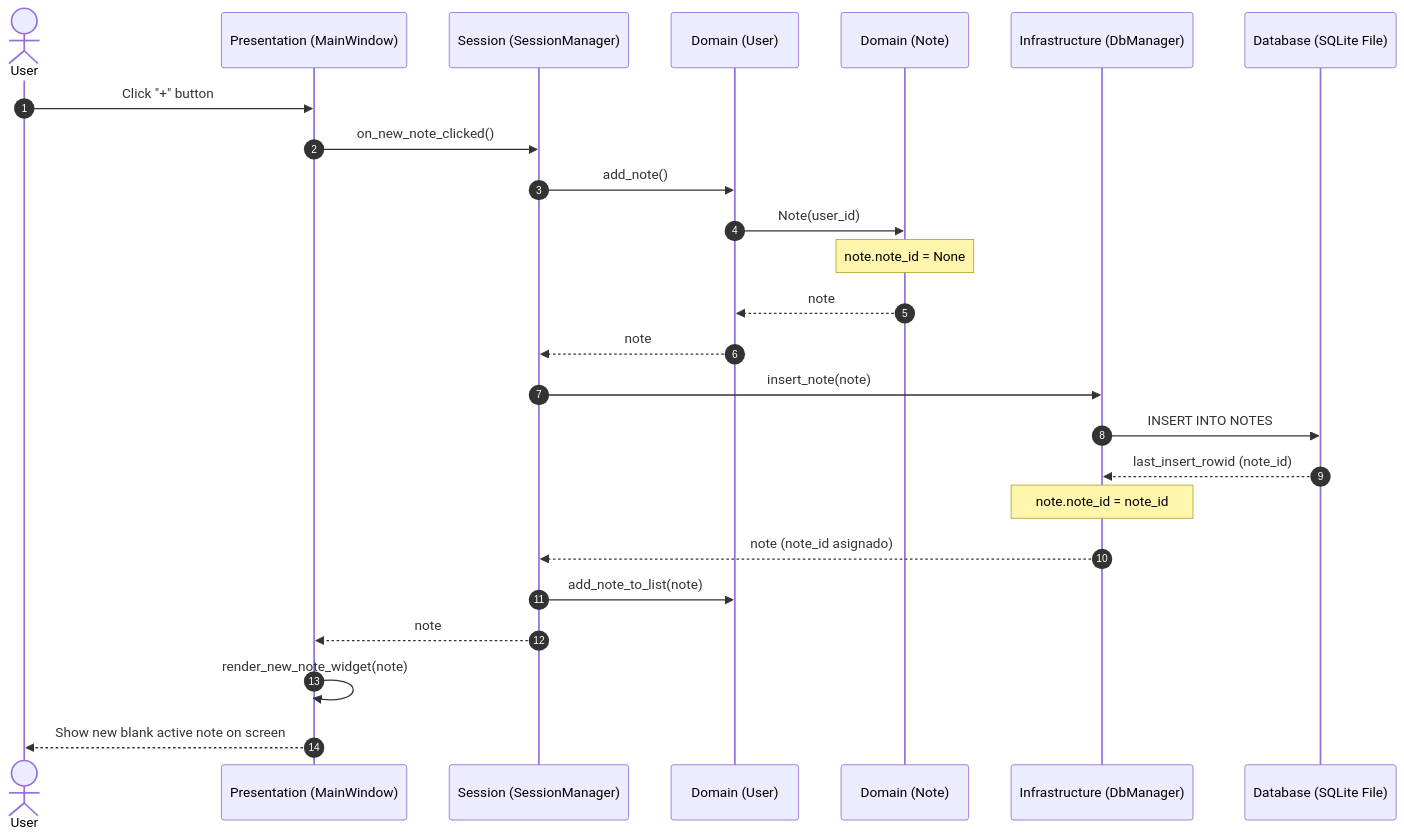
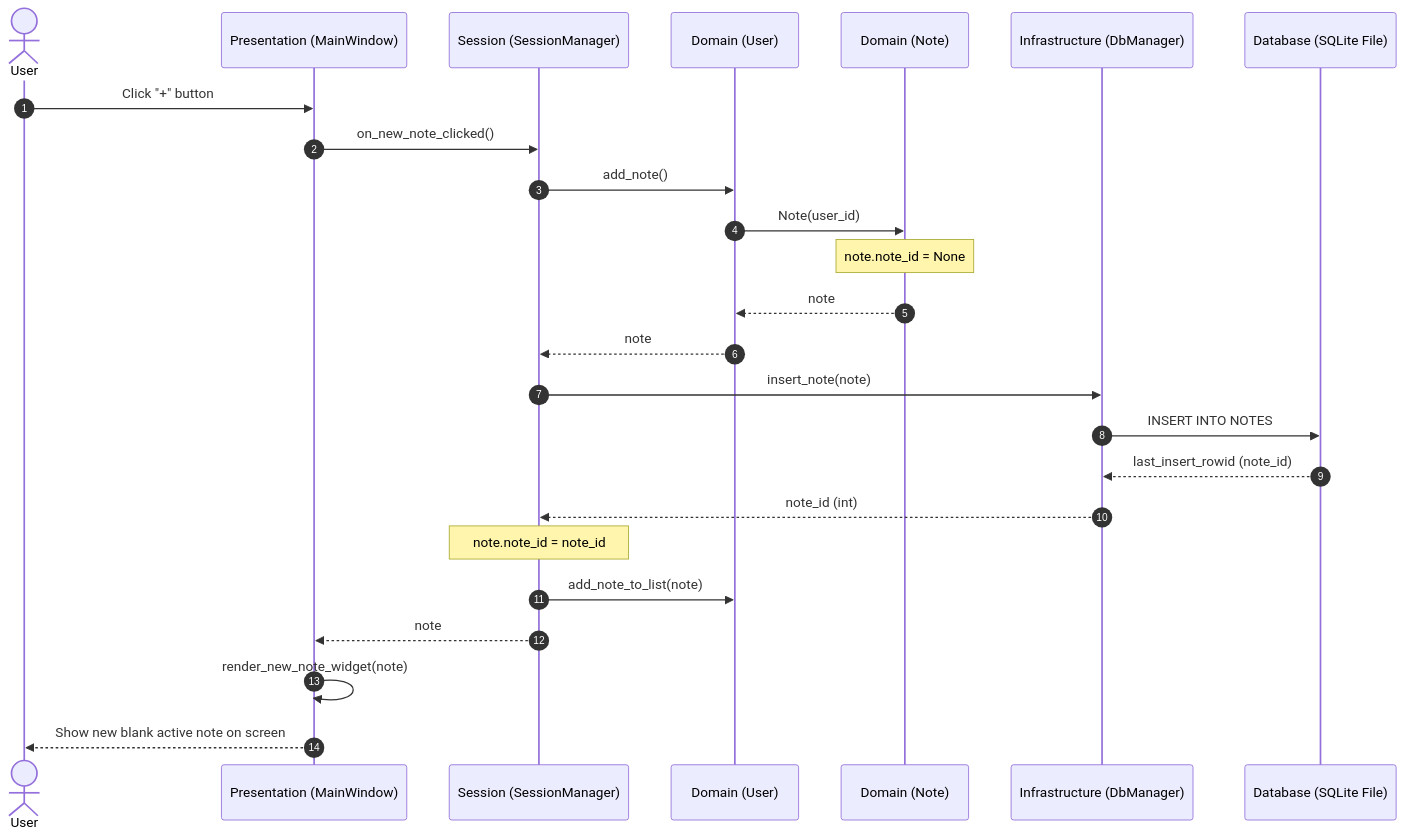
Before and after one commit to gboudon-dev/cheat-sheet: the third of 5 diagrams in README.md, drawn with Mermaid. The commit also changed other lines of this file and 5 other files, not shown here.

````diff
--- a/README.md
+++ b/README.md
@@ -231,28 +232,28 @@
 ```mermaid
 sequenceDiagram
     autonumber
     actor User as User
     participant Win as Presentation (MainWindow)
     participant SM as Session (SessionManager)
     participant ModelUser as Domain (User)
     participant ModelNote as Domain (Note)
     participant Repo as Infrastructure (DbManager)
     participant DB as Database (SQLite File)
 
     User ->> Win : Click "+" button
     Win ->> SM : on_new_note_clicked()
     SM ->> ModelUser : add_note()
     ModelUser ->> ModelNote : Note(user_id)
     Note over ModelNote : note.note_id = None
     ModelNote -->> ModelUser : note
     ModelUser -->> SM : note
     SM ->> Repo : insert_note(note)
     Repo ->> DB : INSERT INTO NOTES
     DB -->> Repo : last_insert_rowid (note_id)
-    Note over Repo : note.note_id = note_id
-    Repo -->> SM : note (note_id asignado)
+    Repo -->> SM : note_id (int)
+    Note over SM : note.note_id = note_id
     SM ->> ModelUser : add_note_to_list(note)
     SM -->> Win : note
     Win ->> Win : render_new_note_widget(note)
     Win -->> User : Show new blank active note on screen
 ```
````
